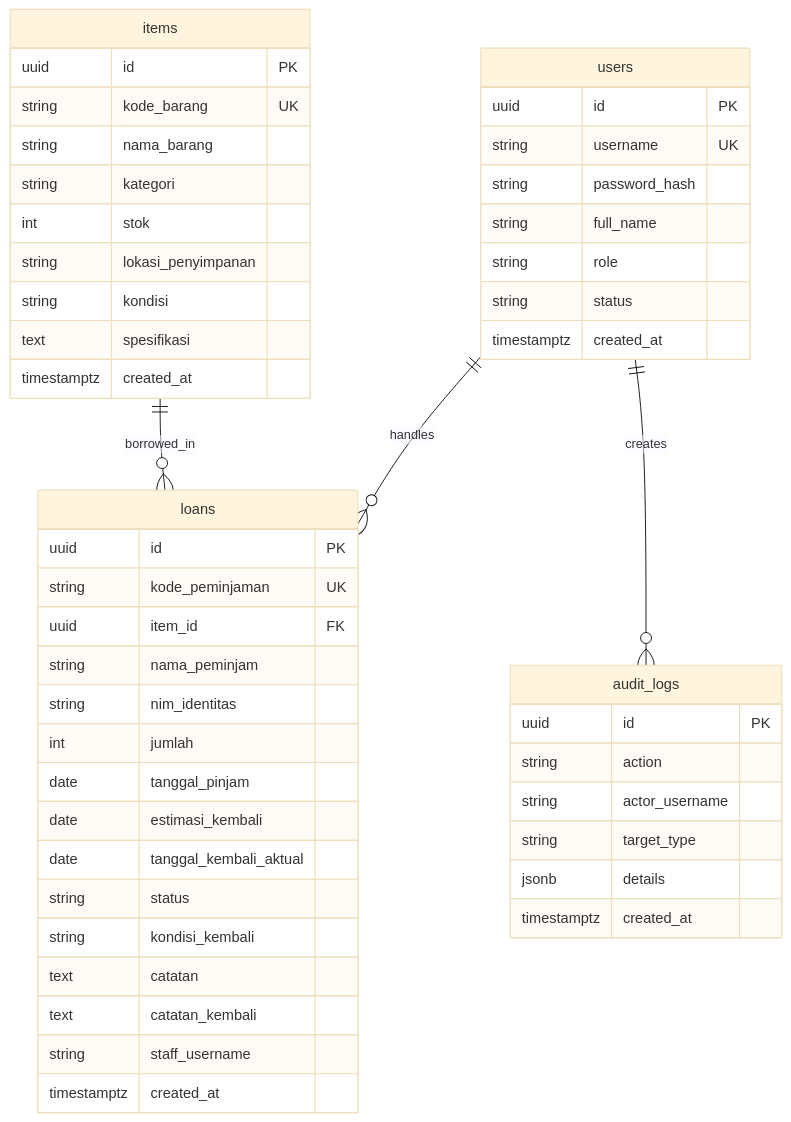
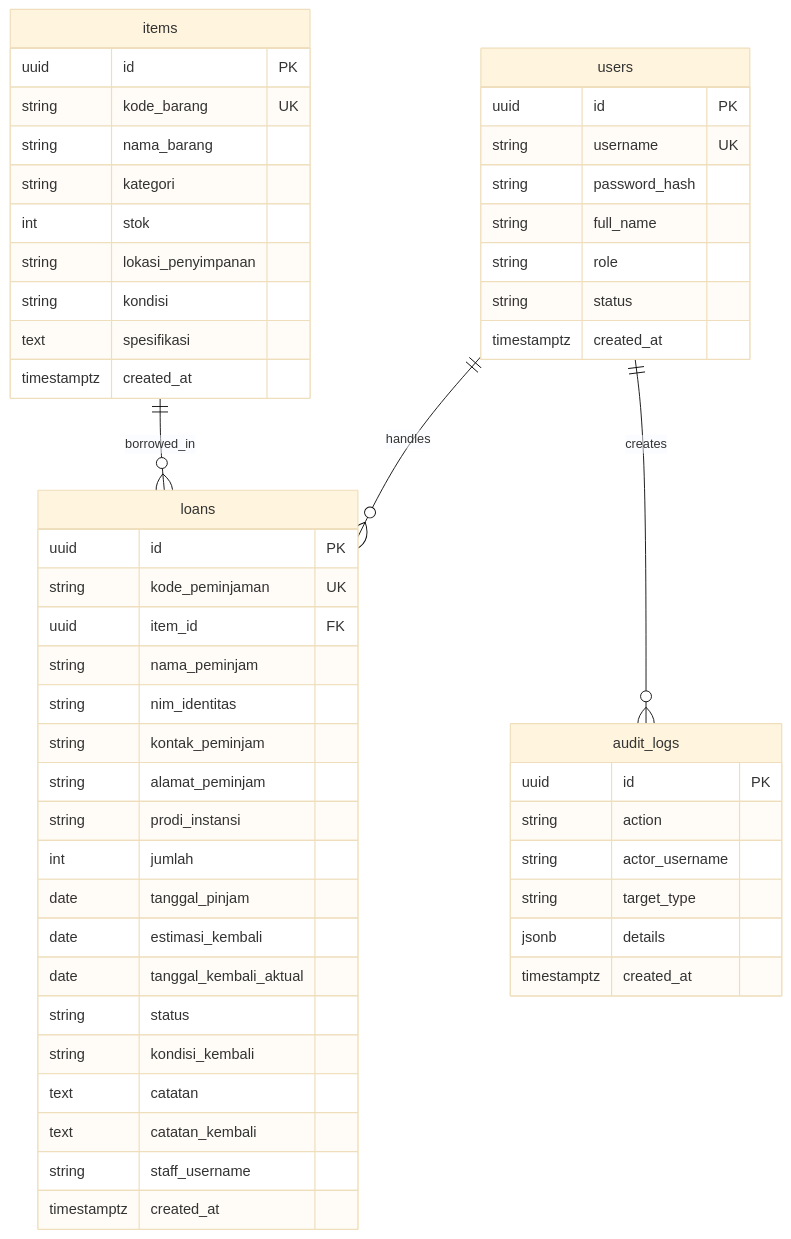
One commit to MeNata-Script/coding-challange_SIMLAB changed the diagram in README.md. Above: the diagram before and after it, drawn with Mermaid (base theme). The commit also changed 5 other files, not shown here.

````diff
--- a/README.md
+++ b/README.md
@@ -183,55 +183,58 @@
 ```mermaid
 erDiagram
     users ||--o{ loans : "handles"
     users ||--o{ audit_logs : "creates"
     items ||--o{ loans : "borrowed_in"
 
     users {
         uuid id PK
         string username UK
         string password_hash
         string full_name
         string role
         string status
         timestamptz created_at
     }
 
     items {
         uuid id PK
         string kode_barang UK
         string nama_barang
         string kategori
         int stok
         string lokasi_penyimpanan
         string kondisi
         text spesifikasi
         timestamptz created_at
     }
 
     loans {
         uuid id PK
         string kode_peminjaman UK
         uuid item_id FK
         string nama_peminjam
         string nim_identitas
+        string kontak_peminjam
+        string alamat_peminjam
+        string prodi_instansi
         int jumlah
         date tanggal_pinjam
         date estimasi_kembali
         date tanggal_kembali_aktual
         string status
         string kondisi_kembali
         text catatan
         text catatan_kembali
         string staff_username
         timestamptz created_at
     }
 
     audit_logs {
         uuid id PK
         string action
         string actor_username
         string target_type
         jsonb details
         timestamptz created_at
     }
 ```
````
